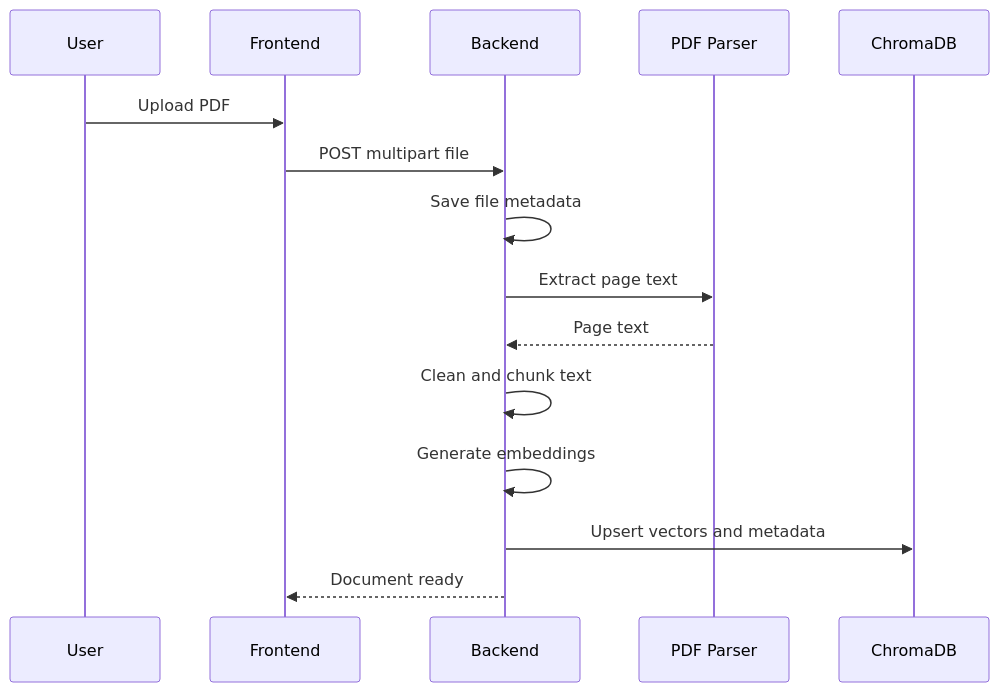
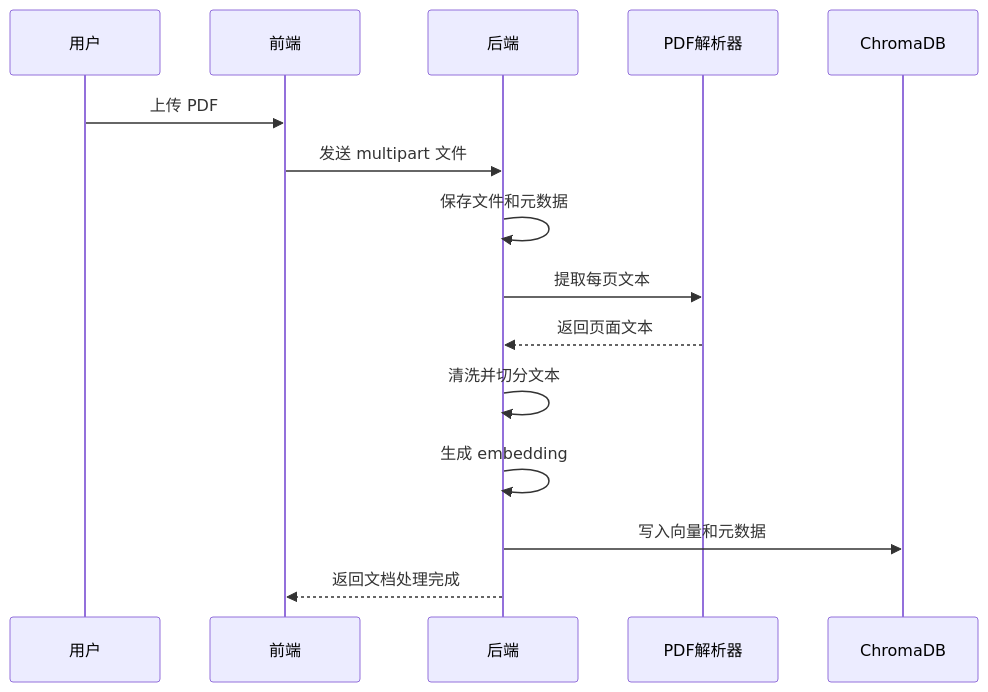
One commit to lc114548274-pixel/campusmind-ai-study-assistant changed the second of 2 diagrams in docs/architecture.md. Above: the diagram before and after it, drawn with Mermaid. The commit also changed other lines of this file and 22 other files, not shown here.

````diff
--- a/docs/architecture.md
+++ b/docs/architecture.md
@@ -18,18 +18,18 @@
 ```mermaid
 sequenceDiagram
-  participant U as User
-  participant F as Frontend
-  participant B as Backend
-  participant P as PDF Parser
+  participant U as 用户
+  participant F as 前端
+  participant B as 后端
+  participant P as PDF解析器
   participant V as ChromaDB
 
-  U->>F: Upload PDF
-  F->>B: POST multipart file
-  B->>B: Save file metadata
-  B->>P: Extract page text
-  P-->>B: Page text
-  B->>B: Clean and chunk text
-  B->>B: Generate embeddings
-  B->>V: Upsert vectors and metadata
-  B-->>F: Document ready
+  U->>F: 上传 PDF
+  F->>B: 发送 multipart 文件
+  B->>B: 保存文件和元数据
+  B->>P: 提取每页文本
+  P-->>B: 返回页面文本
+  B->>B: 清洗并切分文本
+  B->>B: 生成 embedding
+  B->>V: 写入向量和元数据
+  B-->>F: 返回文档处理完成
 ```
````
